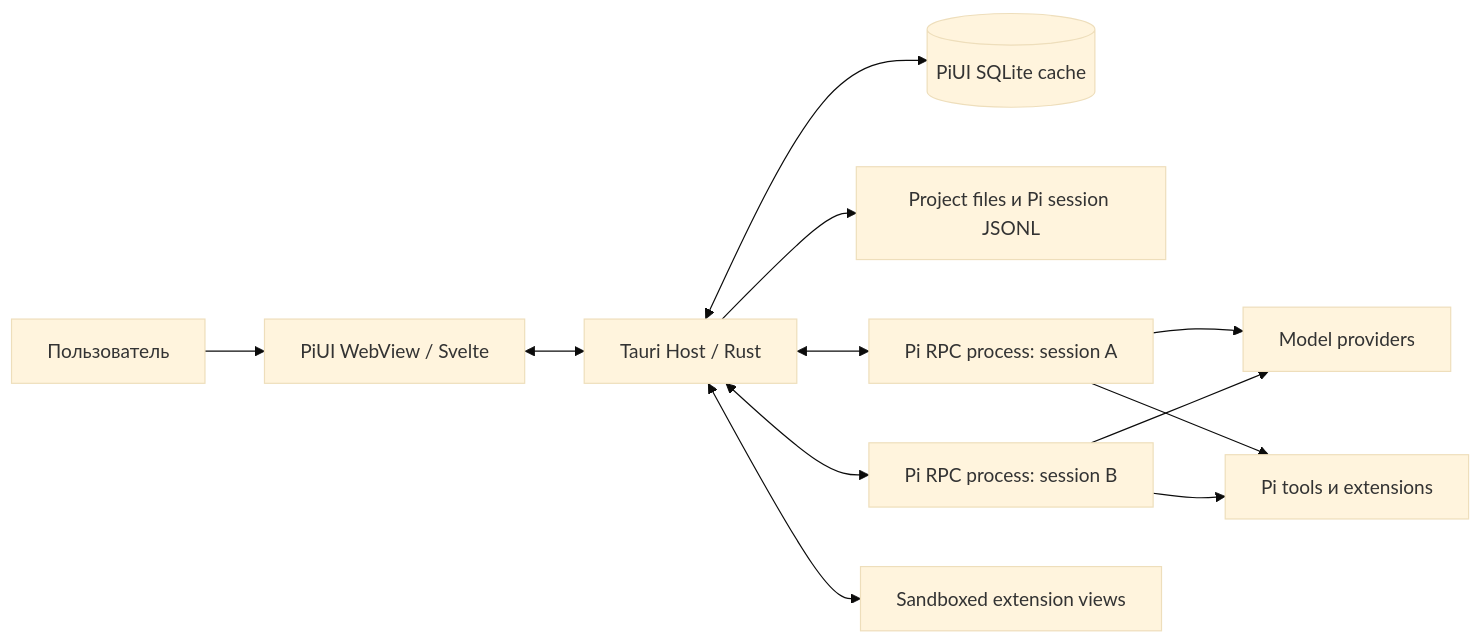
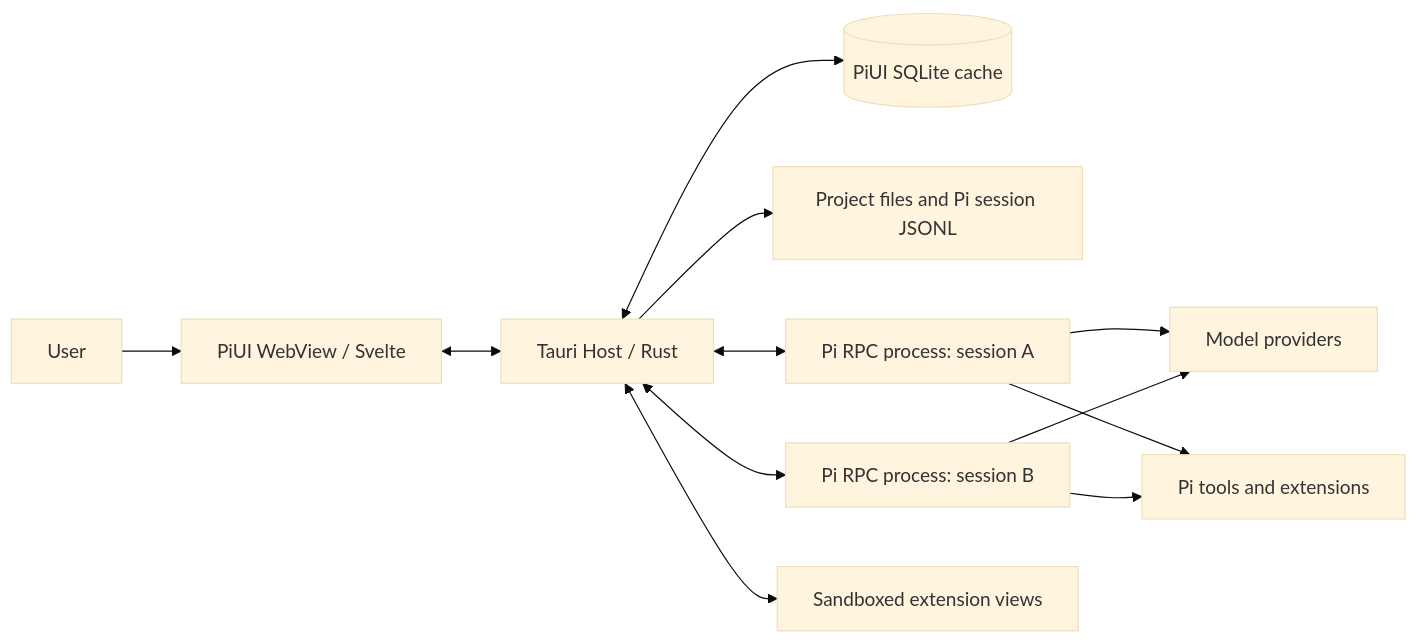
The first of 2 diagrams in PiUI_MASTER_SPEC.md (CrazyAngelm/PiUI), drawn with Mermaid (base theme) before and after one commit. The commit also changed other lines of this file and 44 other files, not shown here.

````diff
--- a/PiUI_MASTER_SPEC.md
+++ b/PiUI_MASTER_SPEC.md
@@ -1248,14 +1308,14 @@
 ```mermaid
 flowchart LR
-    U[Пользователь] --> W[PiUI WebView / Svelte]
+    U[User] --> W[PiUI WebView / Svelte]
     W <--> H[Tauri Host / Rust]
     H <--> DB[(PiUI SQLite cache)]
-    H --> FS[Project files и Pi session JSONL]
+    H --> FS[Project files and Pi session JSONL]
     H <--> P1[Pi RPC process: session A]
     H <--> P2[Pi RPC process: session B]
     P1 --> Providers[Model providers]
     P2 --> Providers
-    P1 --> Tools[Pi tools и extensions]
+    P1 --> Tools[Pi tools and extensions]
     P2 --> Tools
     H <--> EV[Sandboxed extension views]
 ```
````
